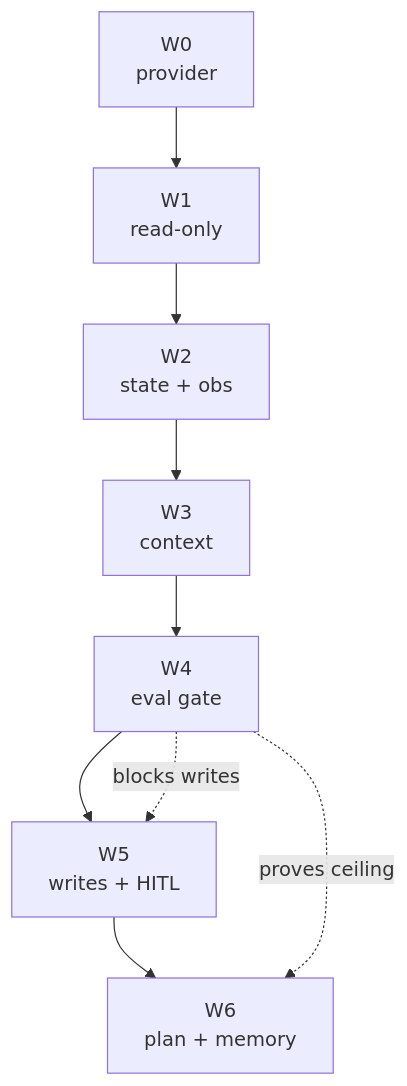
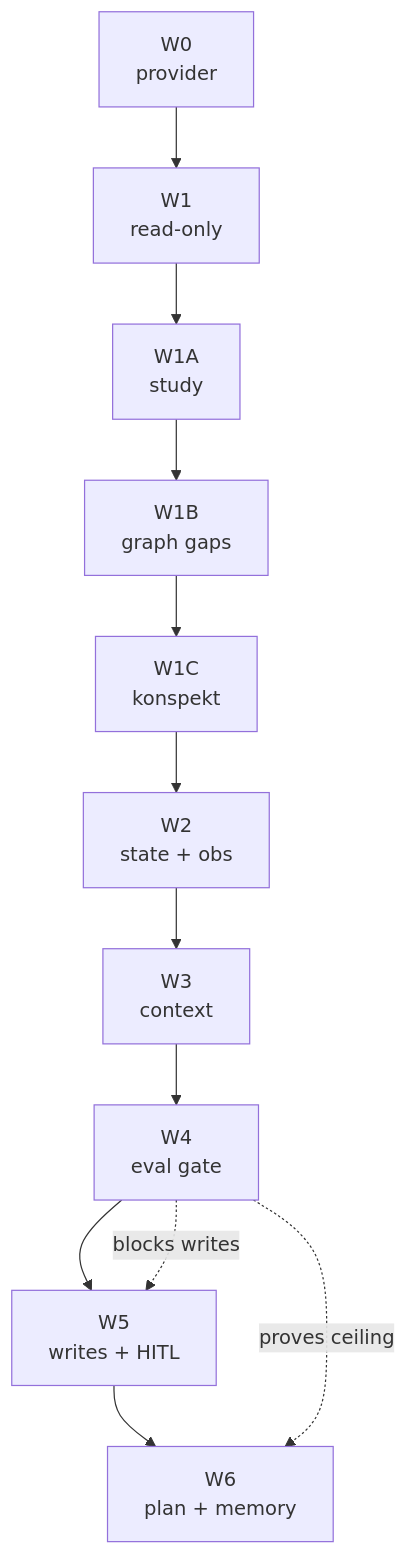
One commit to ktolmachov/hometutor changed diagram 11 of 11 in docs/diagrams.md. Above: the diagram before and after it, drawn with Mermaid. The commit also changed other lines of this file and 2 other files, not shown here.

````diff
--- a/docs/diagrams.md
+++ b/docs/diagrams.md
@@ -641,13 +642,16 @@
 ```mermaid
 flowchart TB
     W0["W0<br/>provider"]
     W1["W1<br/>read-only"]
+    W1A["W1A<br/>study"]
+    W1B["W1B<br/>graph gaps"]
+    W1C["W1C<br/>konspekt"]
     W2["W2<br/>state + obs"]
     W3["W3<br/>context"]
     W4["W4<br/>eval gate"]
     W5["W5<br/>writes + HITL"]
     W6["W6<br/>plan + memory"]
-    W0 --> W1 --> W2 --> W3 --> W4 --> W5 --> W6
+    W0 --> W1 --> W1A --> W1B --> W1C --> W2 --> W3 --> W4 --> W5 --> W6
     W4 -. blocks writes .-> W5
     W4 -. proves ceiling .-> W6
 ```
````
